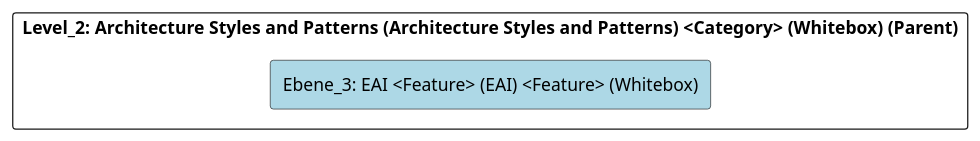
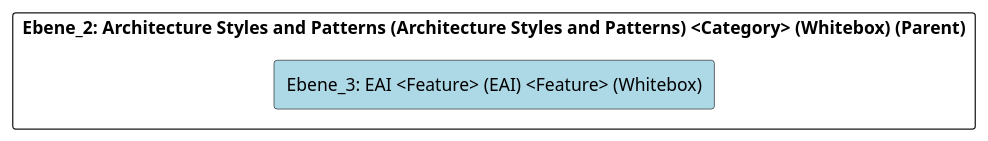
Before and after one commit to marcozwyssig/cleon: the diagram in doc/cleonproject_deliverables_architecture_model_architecture/adoc/de/05_bausteinsicht/cleon/architecture_styles_and_patterns/eai/ebene_3_eai.adoc, drawn with PlantUML. The commit also changed other lines of this file and 620 other files, not shown here.

```diff
--- a/doc/cleonproject_deliverables_architecture_model_architecture/adoc/de/05_bausteinsicht/cleon/architecture_styles_and_patterns/eai/ebene_3_eai.adoc
+++ b/doc/cleonproject_deliverables_architecture_model_architecture/adoc/de/05_bausteinsicht/cleon/architecture_styles_and_patterns/eai/ebene_3_eai.adoc
@@ -20,24 +20,24 @@
 [plantuml, Ebene_3: EAI <Feature> (EAI) <Feature> (Whitebox)BlockOverview, format="svg"]
 ----
 @startuml Ebene_3: EAI <Feature> (EAI) <Feature> (Whitebox)BuildingBlockOverview
 
 skinparam ranksep 10
 skinparam componentStyle rectangle
 skinparam shadowing false
 skinparam arrowColor lightblue
 skinparam arrowThickness 1.2
 skinparam rectangle {
   BackgroundColor White
   BorderColor #333
   RoundCorner 10
 }
 top to bottom direction
 
-component "Level_2: Architecture Styles and Patterns (Architecture Styles and Patterns) <Category> (Whitebox) (Parent)" {
+component "Ebene_2: Architecture Styles and Patterns (Architecture Styles and Patterns) <Category> (Whitebox) (Parent)" {
     component "Ebene_3: EAI <Feature> (EAI) <Feature> (Whitebox)" #lightblue {
     }
 
 }
 
 @enduml
 ----
```
